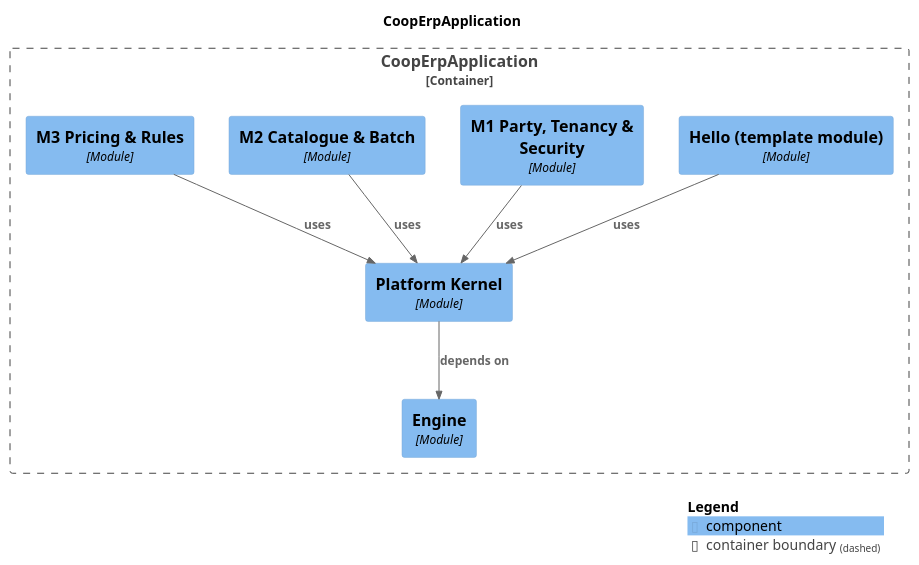
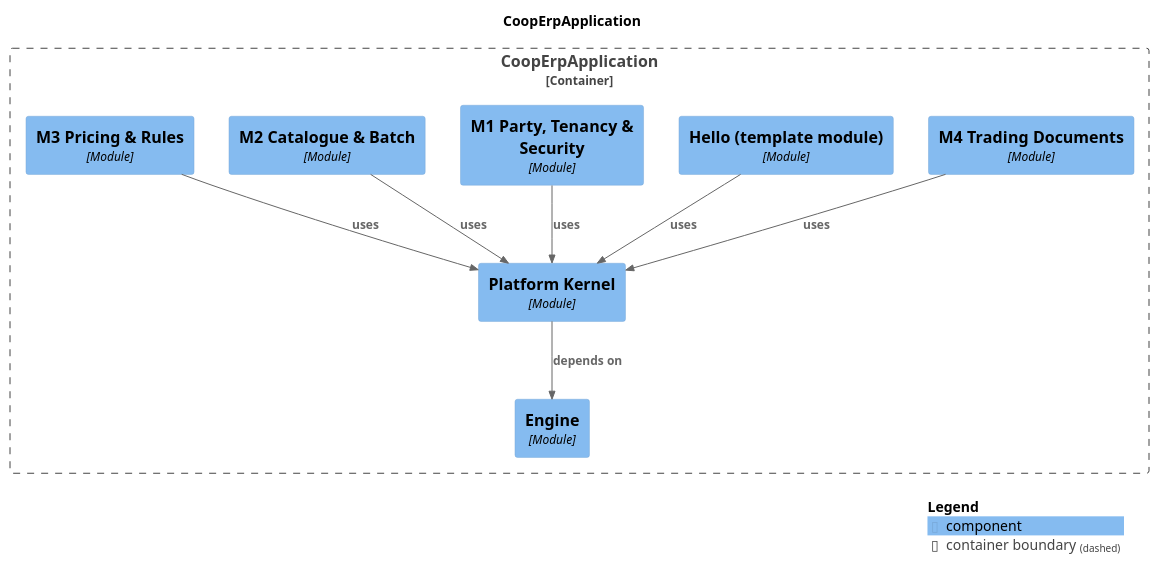
The diagram in docs/modules/components.puml (Knoweb/COOP_ERP), drawn with PlantUML before and after one commit. The commit also changed 55 other files, not shown here.

First line of the commit message:
feat(m4): trading scaffold: schema, RLS, seeds, the api events and the M3/M2/M5 seams (M4-01)

```diff
--- a/docs/modules/components.puml
+++ b/docs/modules/components.puml
@@ -1,27 +1,29 @@
 @startuml
 set separator none
 title CoopErpApplication
 
 top to bottom direction
 
 !include <C4/C4>
 !include <C4/C4_Context>
 !include <C4/C4_Component>
 
 Container_Boundary("CoopErpApplication.CoopErpApplication_boundary", "CoopErpApplication", $tags="") {
+  Component(CoopErpApplication.CoopErpApplication.M4TradingDocuments, "M4 Trading Documents", $techn="Module", $descr="", $tags="", $link="")
   Component(CoopErpApplication.CoopErpApplication.Engine, "Engine", $techn="Module", $descr="", $tags="", $link="")
   Component(CoopErpApplication.CoopErpApplication.PlatformKernel, "Platform Kernel", $techn="Module", $descr="", $tags="", $link="")
   Component(CoopErpApplication.CoopErpApplication.Hellotemplatemodule, "Hello (template module)", $techn="Module", $descr="", $tags="", $link="")
   Component(CoopErpApplication.CoopErpApplication.M1PartyTenancySecurity, "M1 Party, Tenancy & Security", $techn="Module", $descr="", $tags="", $link="")
   Component(CoopErpApplication.CoopErpApplication.M2CatalogueBatch, "M2 Catalogue & Batch", $techn="Module", $descr="", $tags="", $link="")
   Component(CoopErpApplication.CoopErpApplication.M3PricingRules, "M3 Pricing & Rules", $techn="Module", $descr="", $tags="", $link="")
 }
 
 Rel(CoopErpApplication.CoopErpApplication.Hellotemplatemodule, CoopErpApplication.CoopErpApplication.PlatformKernel, "uses", $techn="", $tags="", $link="")
 Rel(CoopErpApplication.CoopErpApplication.M1PartyTenancySecurity, CoopErpApplication.CoopErpApplication.PlatformKernel, "uses", $techn="", $tags="", $link="")
 Rel(CoopErpApplication.CoopErpApplication.M2CatalogueBatch, CoopErpApplication.CoopErpApplication.PlatformKernel, "uses", $techn="", $tags="", $link="")
 Rel(CoopErpApplication.CoopErpApplication.M3PricingRules, CoopErpApplication.CoopErpApplication.PlatformKernel, "uses", $techn="", $tags="", $link="")
+Rel(CoopErpApplication.CoopErpApplication.M4TradingDocuments, CoopErpApplication.CoopErpApplication.PlatformKernel, "uses", $techn="", $tags="", $link="")
 Rel(CoopErpApplication.CoopErpApplication.PlatformKernel, CoopErpApplication.CoopErpApplication.Engine, "depends on", $techn="", $tags="", $link="")
 
 SHOW_LEGEND(true)
 @enduml
```
